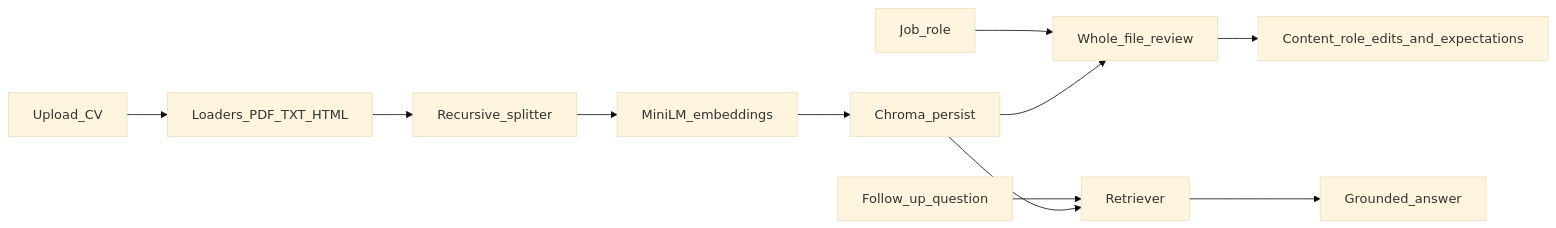
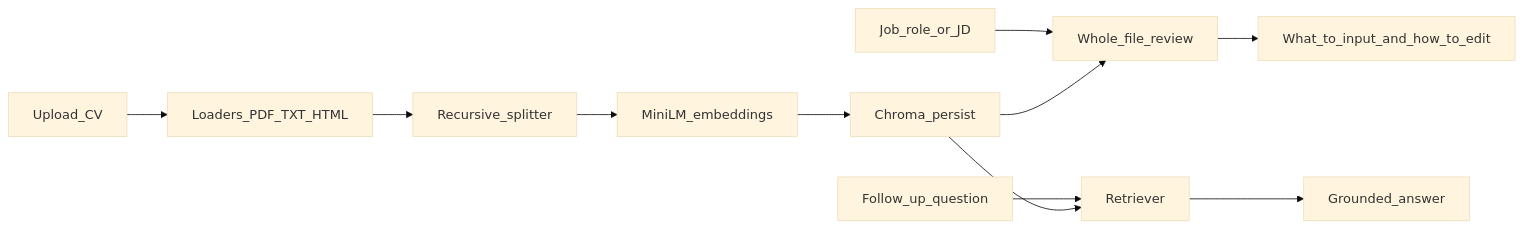
The diagram in README.md (nwereonyerex-sudo/RAG-Powered-Document-Q-A-System), drawn with Mermaid (base theme) before and after one commit. The commit also changed other lines of this file and 3 other files, not shown here.

First line of the commit message:
Guide CV edits from an uploaded job description.

````diff
--- a/README.md
+++ b/README.md
@@ -29,13 +29,13 @@
 ```mermaid
 flowchart LR
   upload[Upload_CV] --> loaders[Loaders_PDF_TXT_HTML]
   loaders --> chunk[Recursive_splitter]
   chunk --> embed[MiniLM_embeddings]
   embed --> chroma[Chroma_persist]
-  role[Job_role] --> review[Whole_file_review]
+  role[Job_role_or_JD] --> review[Whole_file_review]
   chroma --> review
-  review --> brief[Content_role_edits_and_expectations]
+  review --> brief[What_to_input_and_how_to_edit]
   question[Follow_up_question] --> retriever[Retriever]
   chroma --> retriever
   retriever --> answer[Grounded_answer]
 ```
````
